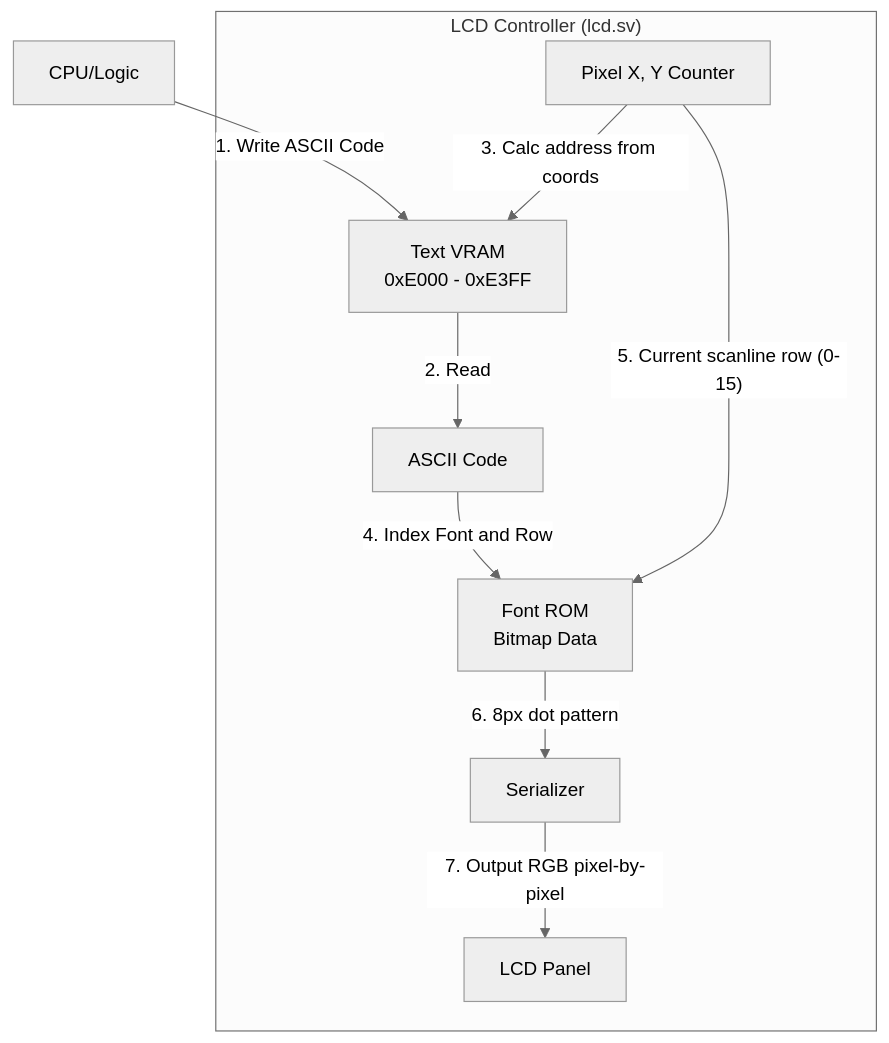
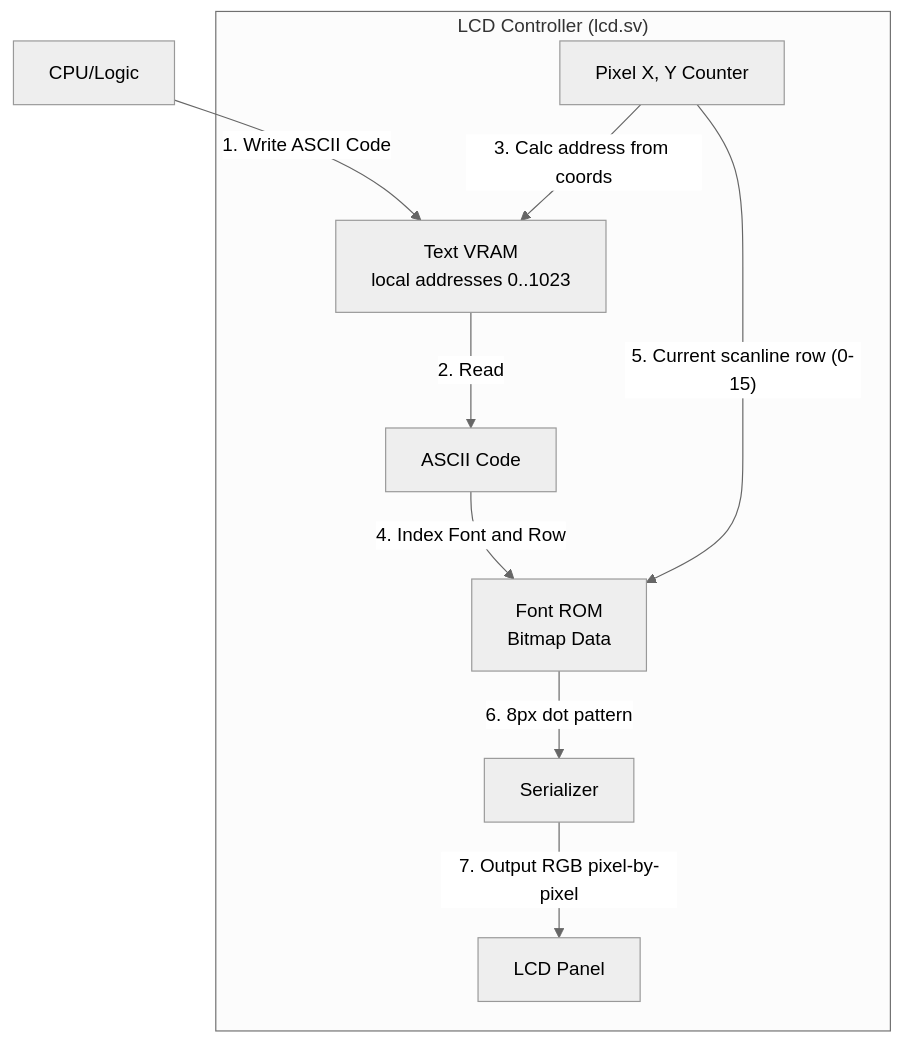
The second of 2 diagrams in day04/README.md (sokoide/tangnano_6502_cpu), drawn with Mermaid (neutral theme) before and after one commit. The commit also changed other lines of this file and 151 other files, not shown here.

````diff
--- a/day04/README.md
+++ b/day04/README.md
@@ -65,13 +57,13 @@
 ```mermaid
 graph TD
-    CPU[CPU/Logic] -->|1. Write ASCII Code| VRAM[Text VRAM<br/>0xE000 - 0xE3FF]
+    CPU[CPU/Logic] -->|1. Write ASCII Code| VRAM[Text VRAM<br/>local addresses 0..1023]
 
     subgraph "LCD Controller (lcd.sv)"
         VRAM -->|2. Read| Code[ASCII Code]
         Coord[Pixel X, Y Counter] -->|3. Calc address from coords| VRAM
         Code -->|4. Index Font and Row| FontROM[Font ROM<br/>Bitmap Data]
         Coord -->|"5. Current scanline row (0-15)"| FontROM
         FontROM -->|6. 8px dot pattern| Serial[Serializer]
         Serial -->|7. Output RGB pixel-by-pixel| Panel[LCD Panel]
     end
 ```
````
